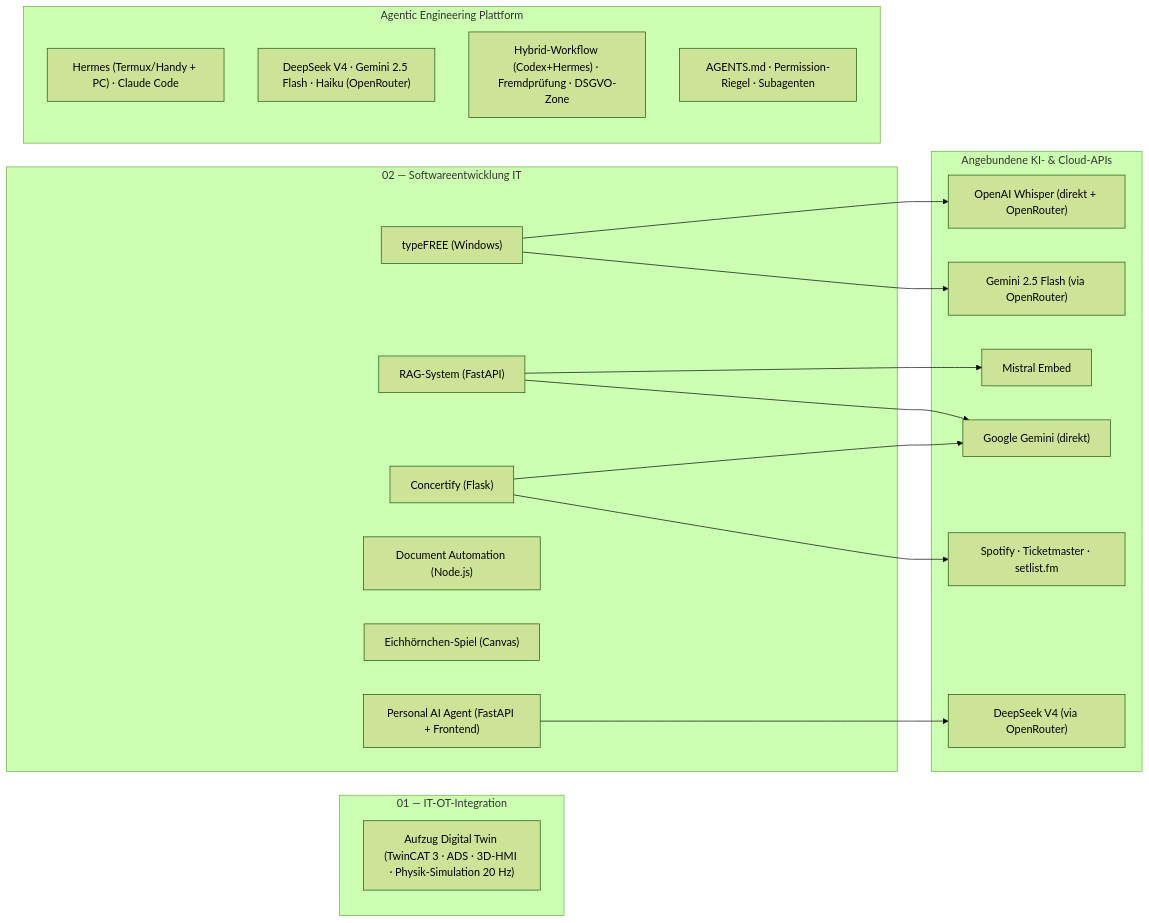
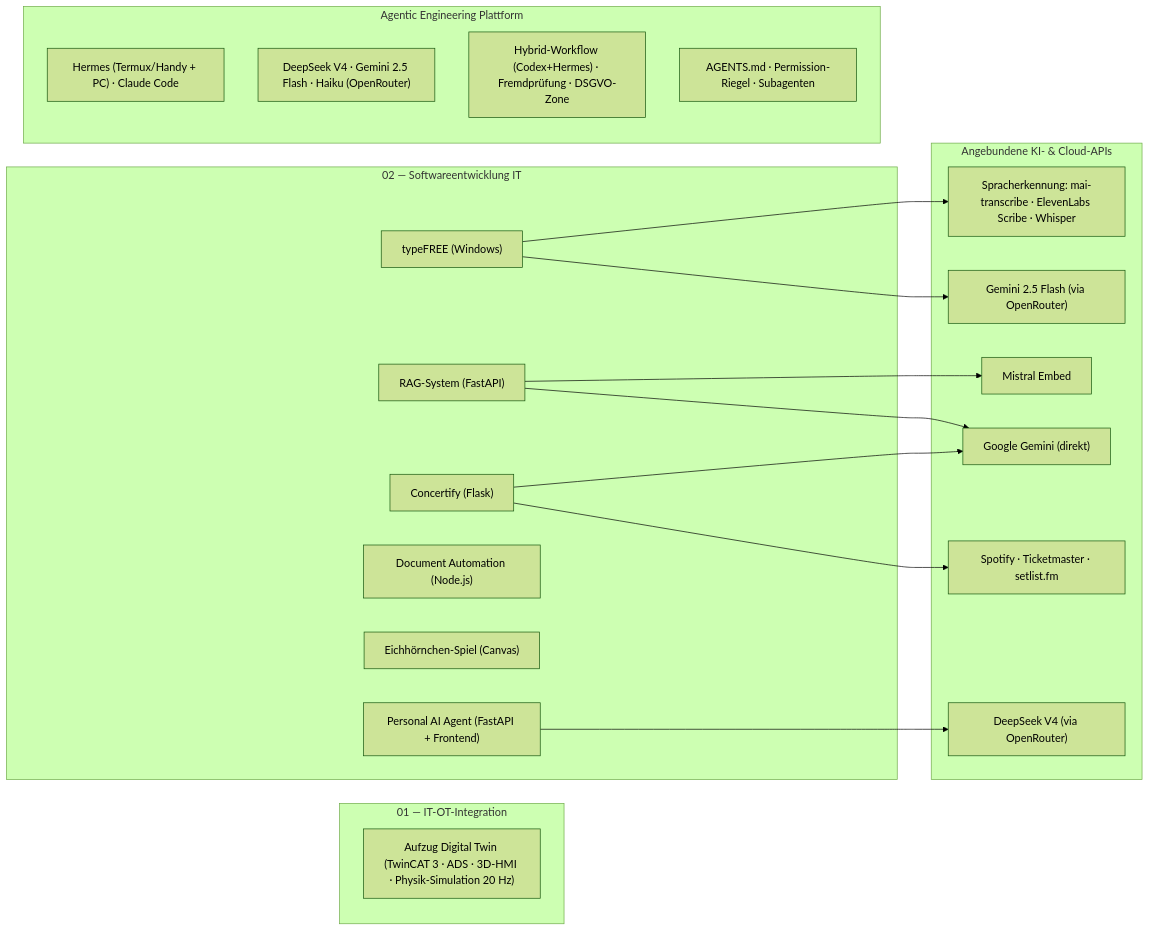
One commit to HeartledAgentEngineer/it-ot-agentic-engineering changed the diagram in README.md. Above: the diagram before and after it, drawn with Mermaid (forest theme). The commit also changed other lines of this file, not shown here.

````diff
--- a/README.md
+++ b/README.md
@@ -35,39 +35,39 @@
 ```mermaid
 graph LR
     subgraph OT["01 — IT-OT-Integration"]
         E["Aufzug Digital Twin (TwinCAT 3 · ADS · 3D-HMI · Physik-Simulation 20 Hz)"]
     end
 
     subgraph IT["02 — Softwareentwicklung IT"]
         C["Concertify (Flask)"]
         T["typeFREE (Windows)"]
         R["RAG-System (FastAPI)"]
         D["Document Automation (Node.js)"]
         S["Eichhörnchen-Spiel (Canvas)"]
         P["Personal AI Agent (FastAPI + Frontend)"]
     end
 
     subgraph APIs["Angebundene KI- & Cloud-APIs"]
-        WH["OpenAI Whisper (direkt + OpenRouter)"]
+        WH["Spracherkennung: mai-transcribe · ElevenLabs Scribe · Whisper"]
         G2F["Gemini 2.5 Flash (via OpenRouter)"]
         MB["Mistral Embed"]
         G2["Google Gemini (direkt)"]
         SP["Spotify · Ticketmaster · setlist.fm"]
         DS["DeepSeek V4 (via OpenRouter)"]
     end
 
     subgraph AE["Agentic Engineering Plattform"]
         CLI["Hermes (Termux/Handy + PC) · Claude Code"]
         MOD["DeepSeek V4 · Gemini 2.5 Flash · Haiku (OpenRouter)"]
         WF["Hybrid-Workflow (Codex+Hermes) · Fremdprüfung · DSGVO-Zone"]
         GR["AGENTS.md · Permission-Riegel · Subagenten"]
     end
 
     C["Concertify (Flask)"] --> SP
     C --> G2
     T["typeFREE (Windows)"] --> WH
     T --> G2F
     R["RAG-System (FastAPI)"] --> G2
     R --> MB
     P["Personal AI Agent (FastAPI + Frontend)"] --> DS
 ```
````
